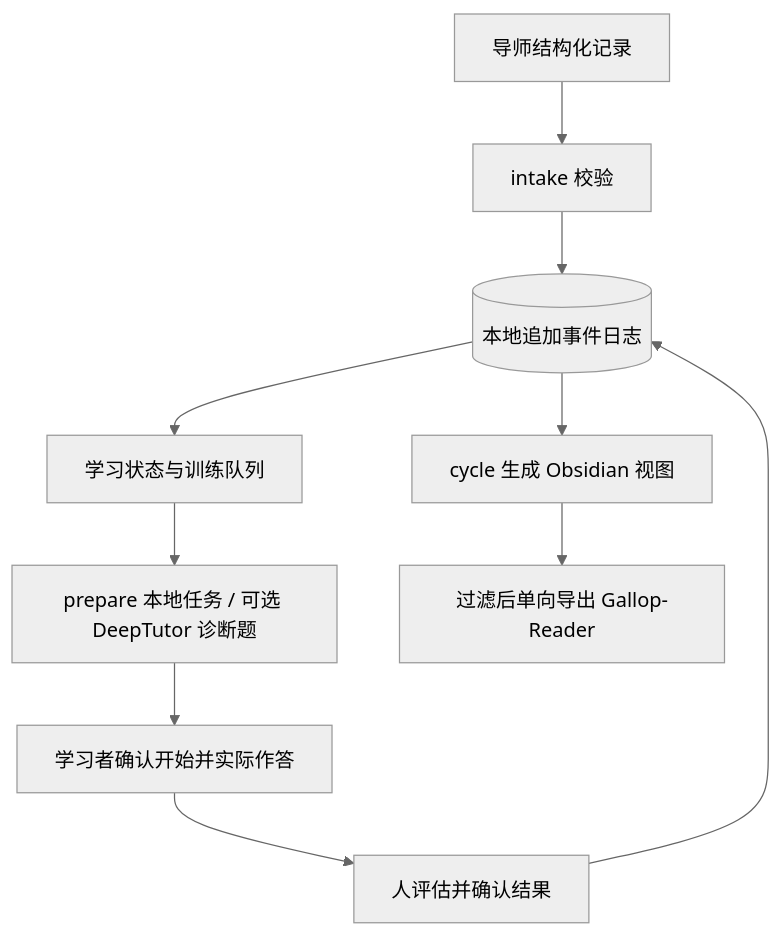
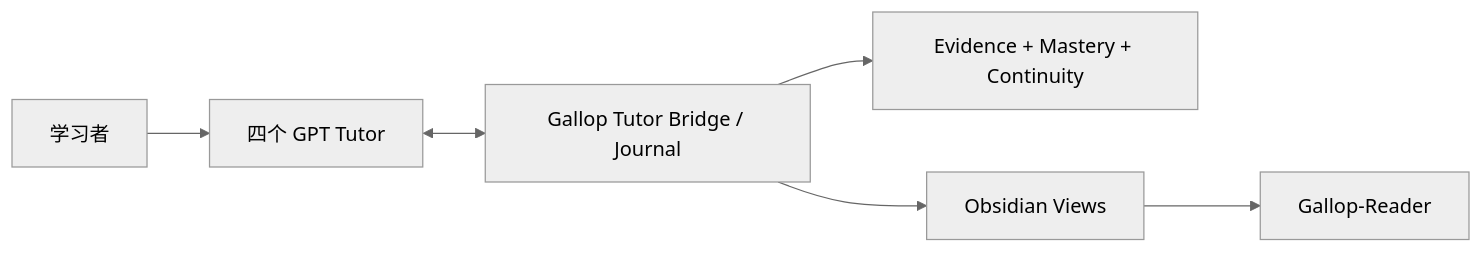
Before and after one commit to lucaschang2021/gallop: the diagram in README.md, drawn with Mermaid (neutral theme). The commit also changed other lines of this file, not shown here.

Commit message:
docs: refresh public README for Gallop v1.2 daily-use baseline

````diff
--- a/README.md
+++ b/README.md
@@ -87,12 +49,8 @@
 ```mermaid
-flowchart TD
-    T[导师结构化记录] --> I[intake 校验]
-    I --> E[(本地追加事件日志)]
-    E --> S[学习状态与训练队列]
-    S --> P[prepare 本地任务 / 可选 DeepTutor 诊断题]
-    P --> H[学习者确认开始并实际作答]
-    H --> A[人评估并确认结果]
-    A --> E
-    E --> V[cycle 生成 Obsidian 视图]
-    V --> R[过滤后单向导出 Gallop-Reader]
+flowchart LR
+    U[学习者] --> T[四个 GPT Tutor]
+    T <--> G[Gallop Tutor Bridge / Journal]
+    G --> E[Evidence + Mastery + Continuity]
+    G --> O[Obsidian Views]
+    O --> R[Gallop-Reader]
 ```
````
